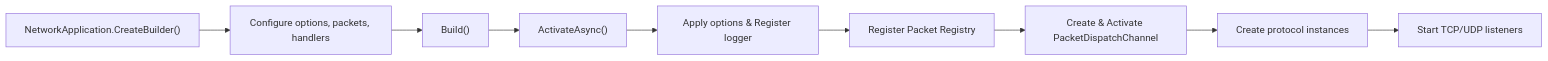
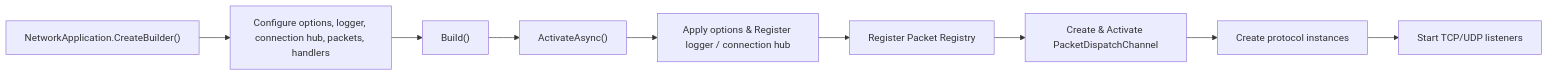
One commit to ppn-systems/Nalix changed the diagram in docs/api/hosting/network-application.md. Above: the diagram before and after it, drawn with Mermaid. The commit also changed other lines of this file and 157 other files, not shown here.

````diff
--- a/docs/api/hosting/network-application.md
+++ b/docs/api/hosting/network-application.md
@@ -18,11 +18,11 @@
 ```mermaid
 flowchart LR
-    A["NetworkApplication.CreateBuilder()"] --> B["Configure options, packets, handlers"]
+    A["NetworkApplication.CreateBuilder()"] --> B["Configure options, logger, connection hub, packets, handlers"]
     B --> C["Build()"]
     C --> D["ActivateAsync()"]
-    D --> E["Apply options & Register logger"]
+    D --> E["Apply options & Register logger / connection hub"]
     E --> F["Register Packet Registry"]
     F --> G["Create & Activate PacketDispatchChannel"]
     G --> H["Create protocol instances"]
     H --> I["Start TCP/UDP listeners"]
 ```
````
